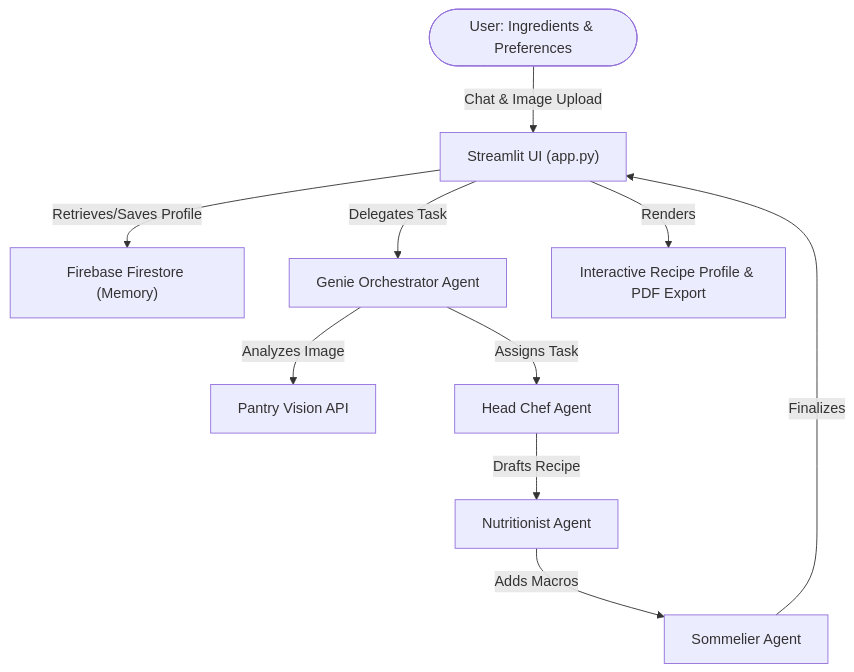
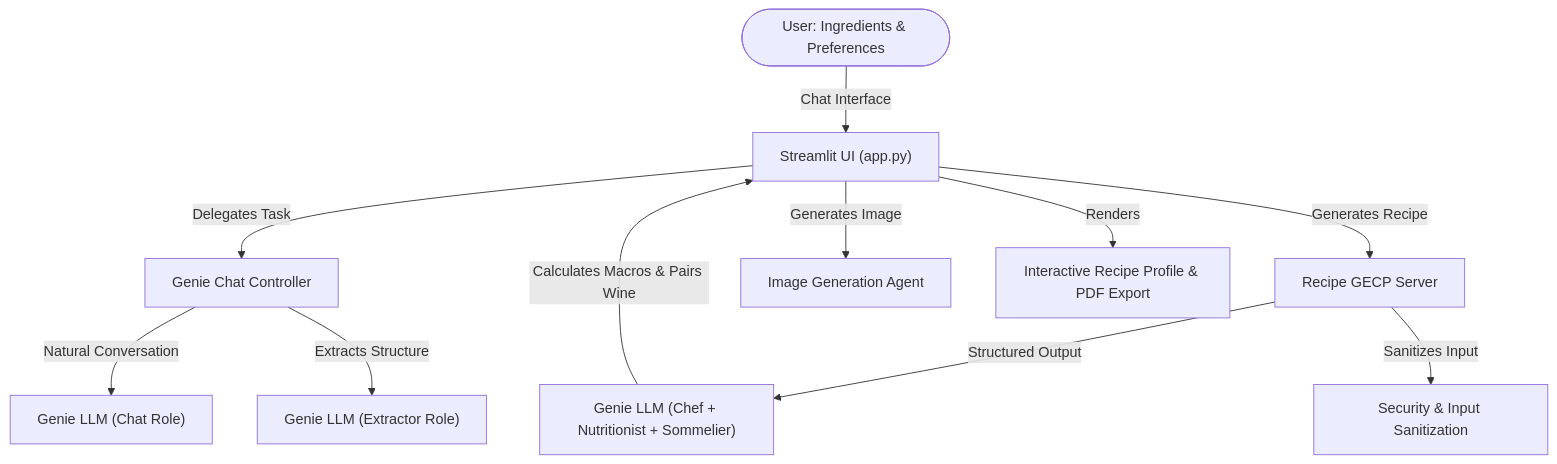
The diagram in README.md (ktkubracom/MealGenie-AI-Agent), drawn with Mermaid before and after one commit. The commit also changed other lines of this file and 1 other file, not shown here.

````diff
--- a/README.md
+++ b/README.md
@@ -24,12 +29,13 @@
 ```mermaid
 graph TD
-    User(["User: Ingredients & Preferences"]) -->|Chat & Image Upload| Streamlit["Streamlit UI (app.py)"]
-    Streamlit -->|Retrieves/Saves Profile| Firebase["Firebase Firestore (Memory)"]
-    Streamlit -->|Delegates Task| Coordinator["Genie Orchestrator Agent"]
-    Coordinator -->|Analyzes Image| Vision["Pantry Vision API"]
-    Coordinator -->|Assigns Task| Chef["Head Chef Agent"]
-    Chef -->|Drafts Recipe| Nutritionist["Nutritionist Agent"]
-    Nutritionist -->|Adds Macros| Sommelier["Sommelier Agent"]
-    Sommelier -->|Finalizes| Streamlit
+    User(["User: Ingredients & Preferences"]) -->|Chat Interface| Streamlit["Streamlit UI (app.py)"]
+    Streamlit -->|Delegates Task| Coordinator["Genie Chat Controller"]
+    Coordinator -->|Natural Conversation| Chat["Genie LLM (Chat Role)"]
+    Coordinator -->|Extracts Structure| Extractor["Genie LLM (Extractor Role)"]
+    Streamlit -->|Generates Recipe| Server["Recipe GECP Server"]
+    Server -->|Structured Output| Swarm["Genie LLM (Chef + Nutritionist + Sommelier)"]
+    Server -->|Sanitizes Input| Security["Security & Input Sanitization"]
+    Swarm -->|Calculates Macros & Pairs Wine| Streamlit
+    Streamlit -->|Generates Image| Image["Image Generation Agent"]
     Streamlit -->|Renders| UI["Interactive Recipe Profile & PDF Export"]
 ```
````
